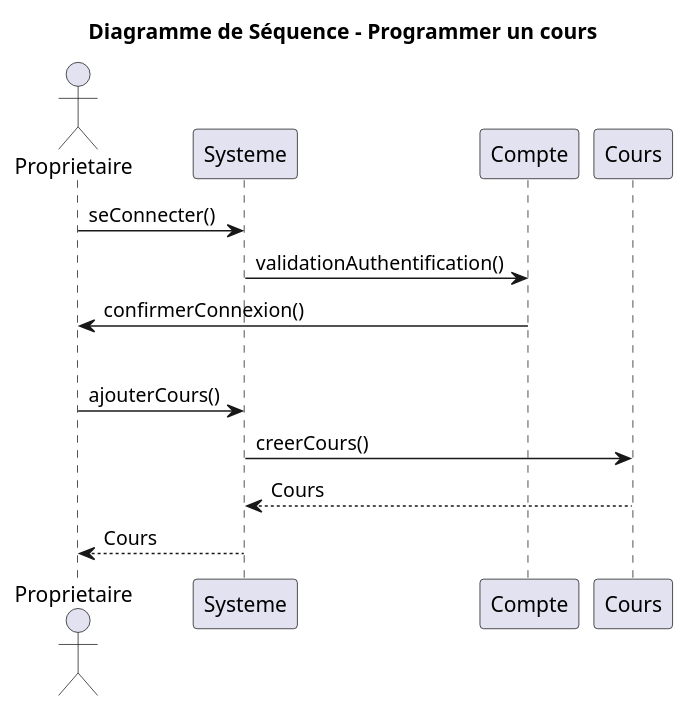
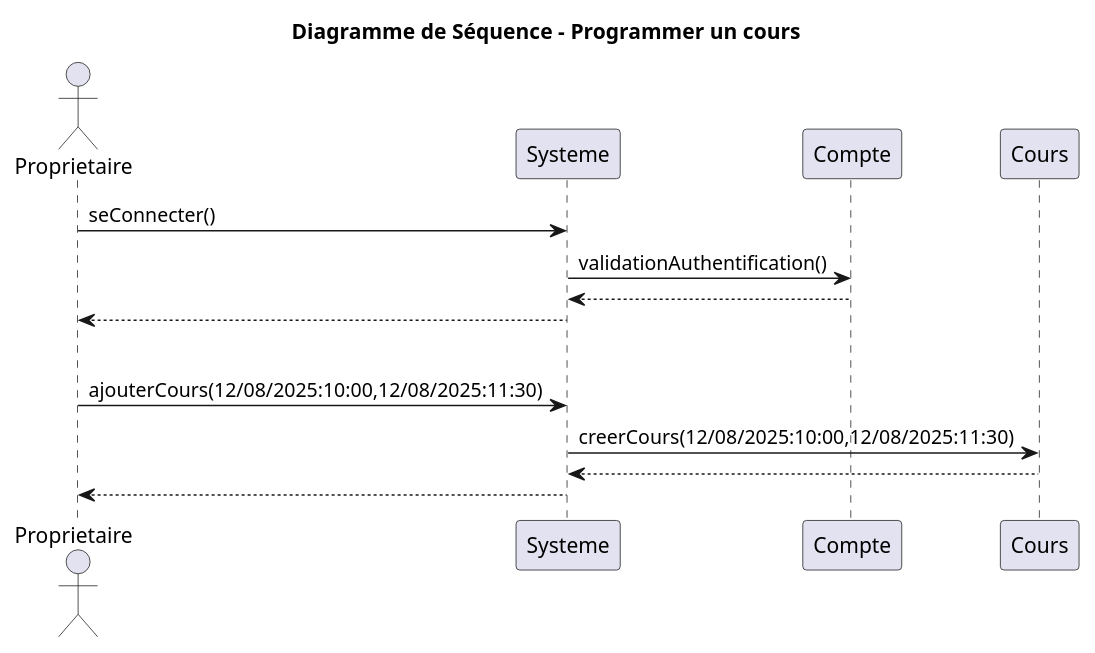
The diagram in UML/Diagramme_sequence_ajout_cours.puml (Egario54/ProjetClubNautique), drawn with PlantUML before and after one commit. The commit also changed 31 other files, not shown here.

Commit message:
standardisation des retours dans les diagrammes

```diff
--- a/UML/Diagramme_sequence_ajout_cours.puml
+++ b/UML/Diagramme_sequence_ajout_cours.puml
@@ -1,22 +1,23 @@
 @startuml
 title Diagramme de Séquence - Programmer un cours
 actor Proprietaire
 participant Systeme
 participant Compte
 participant Cours
 
 'Connexion à un compte'
 Proprietaire -> Systeme: seConnecter()
 Systeme -> Compte: validationAuthentification()
-Compte -> Proprietaire: confirmerConnexion()
+return
+Systeme --> Proprietaire
 
 'Séparation'
 |||
 
 'Propriétaire ajoute un cours'
-Proprietaire -> Systeme: ajouterCours()
-Systeme -> Cours: creerCours()
-Cours --> Systeme: Cours
-Systeme --> Proprietaire: Cours
+Proprietaire -> Systeme: ajouterCours(12/08/2025:10:00,12/08/2025:11:30)
+Systeme -> Cours: creerCours(12/08/2025:10:00,12/08/2025:11:30)
+Cours --> Systeme
+Systeme --> Proprietaire
 
 @enduml
```
